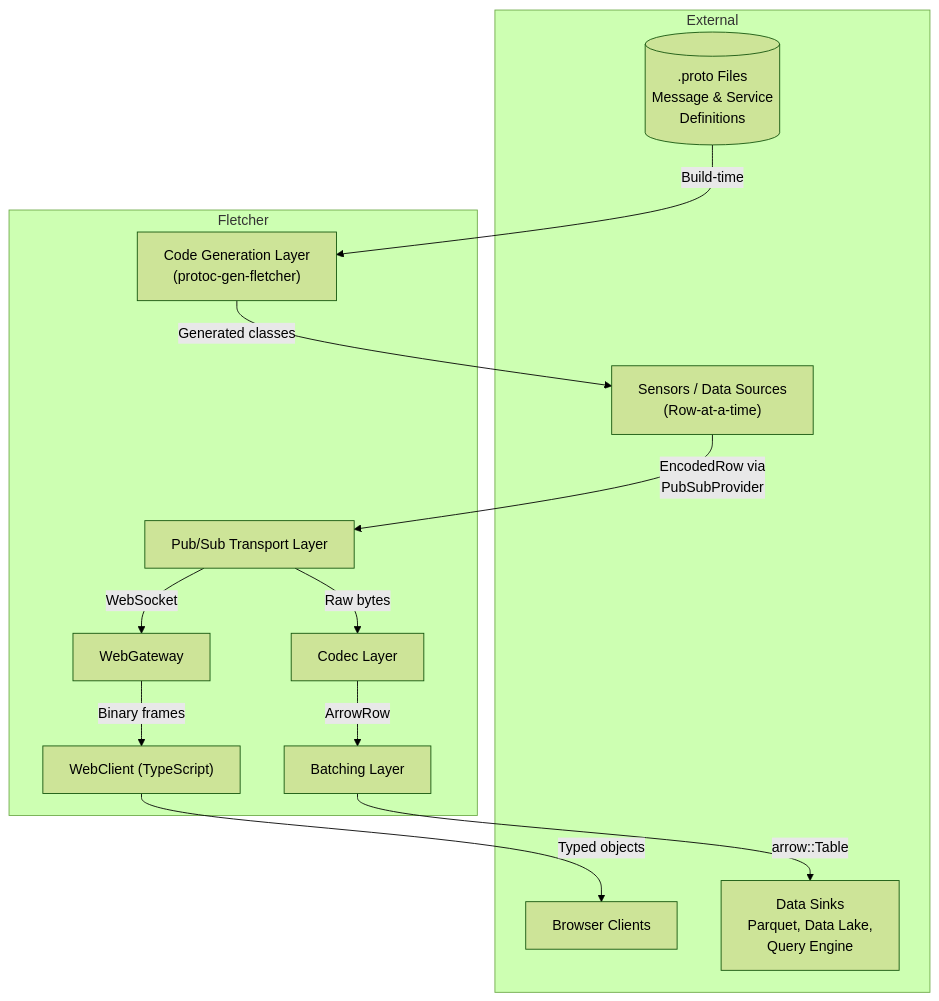
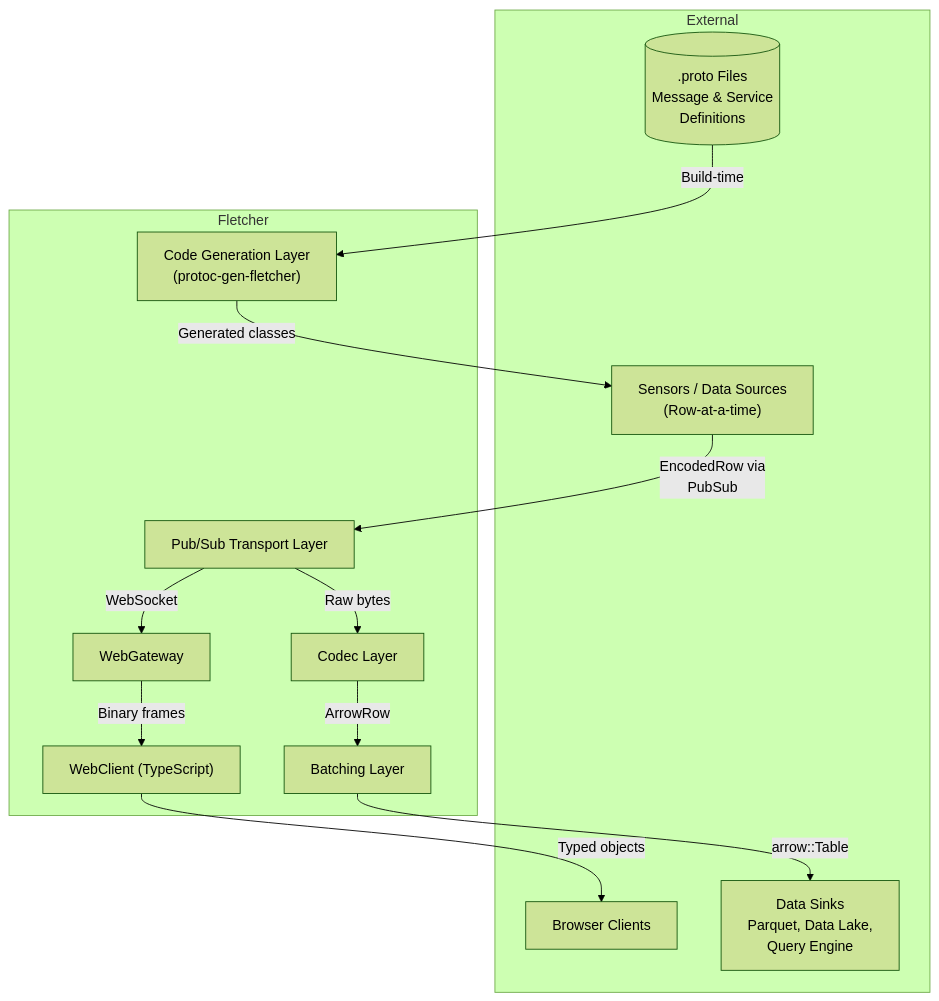
Before and after one commit to eivacom/Fletcher: the first of 5 diagrams in docs/component-diagram.md, drawn with Mermaid (forest theme). The commit also changed other lines of this file and 23 other files, not shown here.

````diff
--- a/docs/component-diagram.md
+++ b/docs/component-diagram.md
@@ -9,28 +9,28 @@
 ```mermaid
 graph TB
     subgraph External
         PROTO[(".proto Files<br/>Message & Service<br/>Definitions")]
         SENSORS["Sensors / Data Sources<br/>(Row-at-a-time)"]
         BROWSERS["Browser Clients"]
         SINKS["Data Sinks<br/>Parquet, Data Lake,<br/>Query Engine"]
     end
 
     subgraph System ["Fletcher"]
         CODEGEN["Code Generation Layer<br/>(protoc-gen-fletcher)"]
         PUBSUB["Pub/Sub Transport Layer"]
         CODEC["Codec Layer"]
         BATCH["Batching Layer"]
         WEBGW["WebGateway"]
         WEBCL["WebClient (TypeScript)"]
     end
 
     PROTO -->|Build-time| CODEGEN
     CODEGEN -->|Generated classes| SENSORS
-    SENSORS -->|EncodedRow via<br/>PubSubProvider| PUBSUB
+    SENSORS -->|EncodedRow via<br/>PubSub| PUBSUB
     PUBSUB -->|Raw bytes| CODEC
     CODEC -->|ArrowRow| BATCH
     BATCH -->|arrow::Table| SINKS
     PUBSUB -->|WebSocket| WEBGW
     WEBGW -->|Binary frames| WEBCL
     WEBCL -->|Typed objects| BROWSERS
 ```
````
